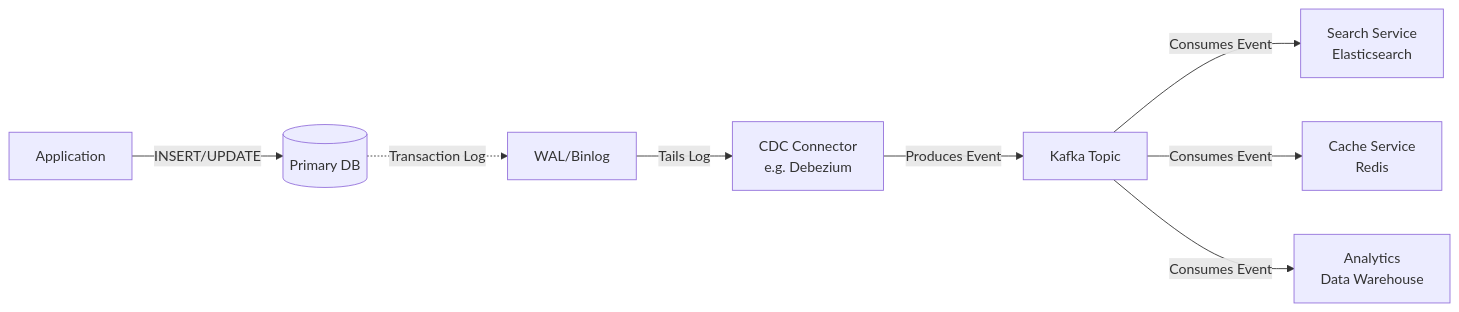
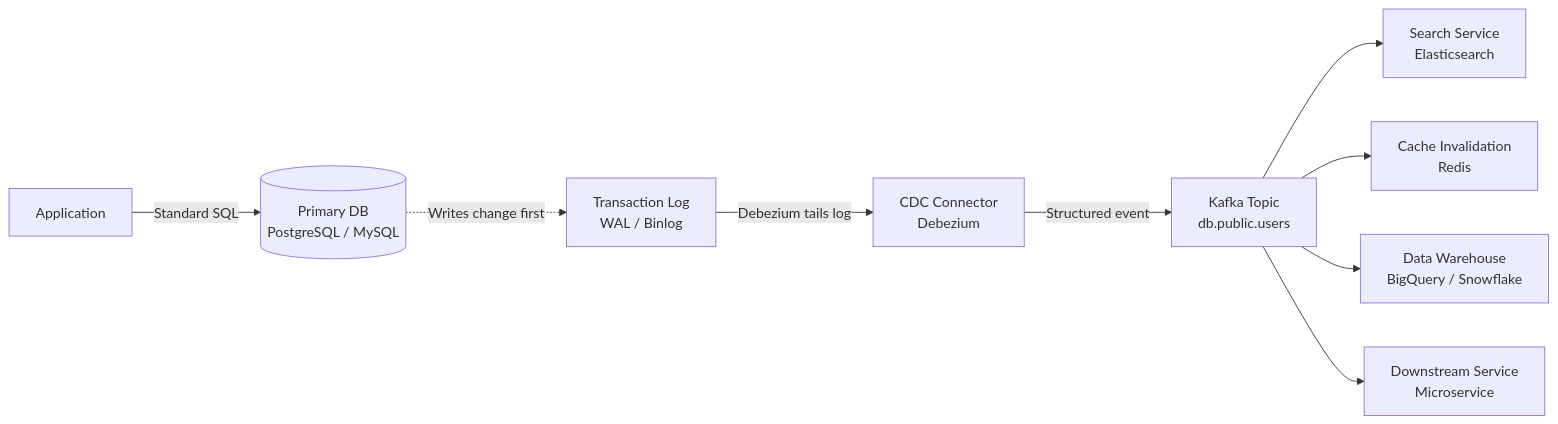
Before and after one commit to minhkhuong2404/docusaurus-knowledge-base-template: the first of 2 diagrams in docs/technical-knowledge/system-design/cdc.md, drawn with Mermaid. The commit also changed other lines of this file and 26 other files, not shown here.

````diff
--- a/docs/technical-knowledge/system-design/cdc.md
+++ b/docs/technical-knowledge/system-design/cdc.md
@@ -36,10 +35,11 @@
 ```mermaid
 graph LR
-    App[Application] -->|INSERT/UPDATE| DB[(Primary DB)]
-    DB -.->|Transaction Log| WAL[WAL/Binlog]
-    WAL -->|Tails Log| CDC[CDC Connector<br>e.g. Debezium]
-    CDC -->|Produces Event| Kafka[Kafka Topic]
-    Kafka -->|Consumes Event| Consumer1[Search Service<br>Elasticsearch]
-    Kafka -->|Consumes Event| Consumer2[Cache Service<br>Redis]
-    Kafka -->|Consumes Event| Consumer3[Analytics<br>Data Warehouse]
+    App[Application] -->|Standard SQL| DB[(Primary DB<br>PostgreSQL / MySQL)]
+    DB -.->|Writes change first| WAL[Transaction Log<br>WAL / Binlog]
+    WAL -->|Debezium tails log| CDC[CDC Connector<br>Debezium]
+    CDC -->|Structured event| Kafka[Kafka Topic<br>db.public.users]
+    Kafka --> ES[Search Service<br>Elasticsearch]
+    Kafka --> Cache[Cache Invalidation<br>Redis]
+    Kafka --> DW[Data Warehouse<br>BigQuery / Snowflake]
+    Kafka --> Svc[Downstream Service<br>Microservice]
 ```
````
